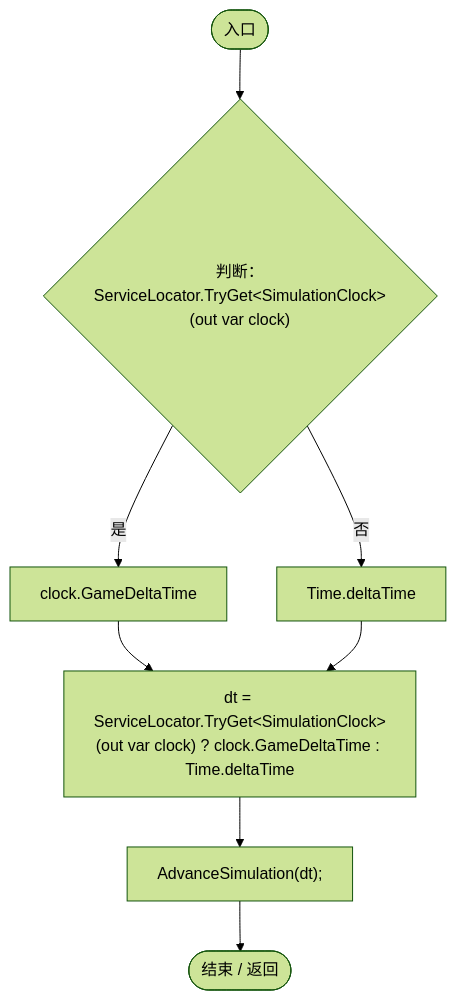
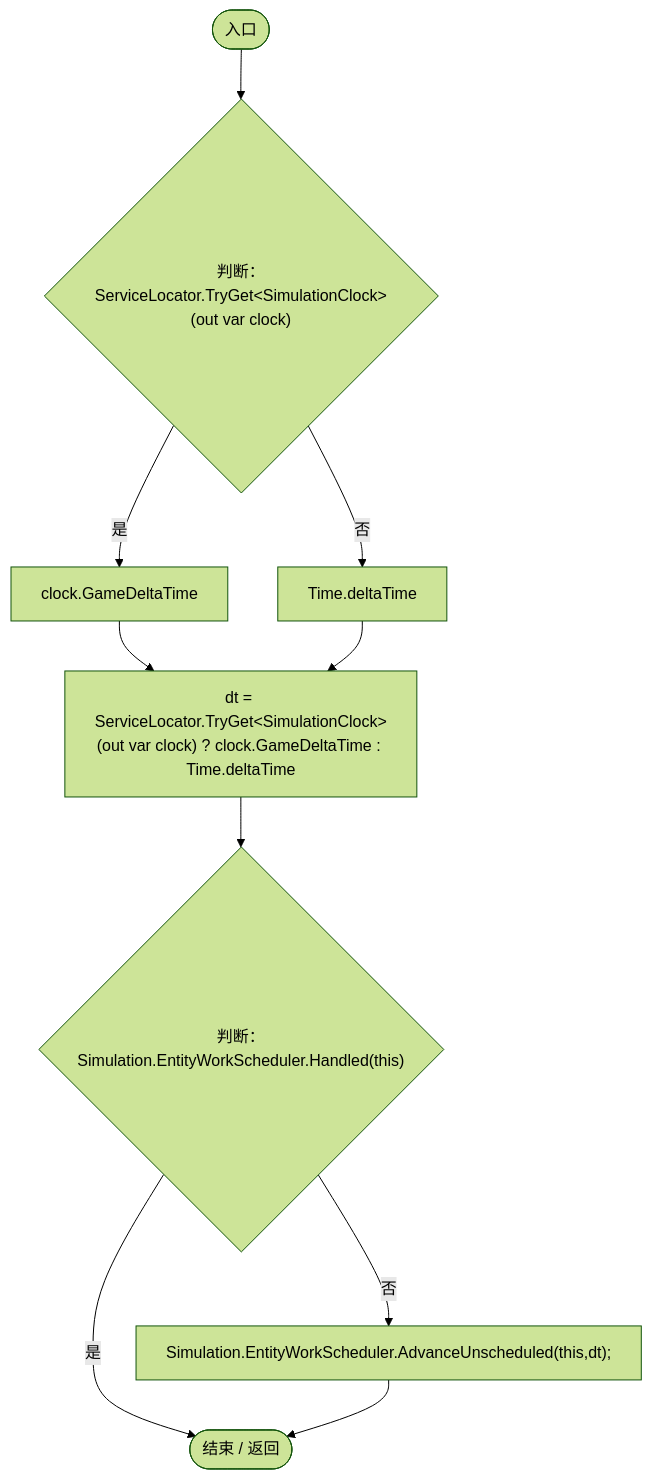
Diagram 14 of 25 in Docs/运行流程图/脚本/7494d53178552f0e.md (xhs6666/Darwin_paradise), drawn with Mermaid (forest theme) before and after one commit. The commit also changed other lines of this file and 227 other files, not shown here.

````diff
--- a/Docs/运行流程图/脚本/7494d53178552f0e.md
+++ b/Docs/运行流程图/脚本/7494d53178552f0e.md
@@ -289,18 +289,21 @@
 ```mermaid
 flowchart TD
   b0(["入口"])
   b1{"判断：ServiceLocator.TryGet&lt;SimulationClock&gt;(out var clock)"}
   b2["clock.GameDeltaTime"]
   b3["Time.deltaTime"]
   b4["dt = ServiceLocator.TryGet&lt;SimulationClock&gt;(out var clock) ? clock.GameDeltaTime : Time.deltaTime"]
-  b5["AdvanceSimulation(dt);"]
-  b6(["结束 / 返回"])
+  b5{"判断：Simulation.EntityWorkScheduler.Handled(this)"}
+  b6["Simulation.EntityWorkScheduler.AdvanceUnscheduled(this,dt);"]
+  b7(["结束 / 返回"])
   b0 --> b1
   b1 -->|"是"| b2
   b1 -->|"否"| b3
   b2 --> b4
   b3 --> b4
   b4 --> b5
-  b5 --> b6
+  b5 -->|"是"| b7
+  b5 -->|"否"| b6
+  b6 --> b7
 
 ```
````
